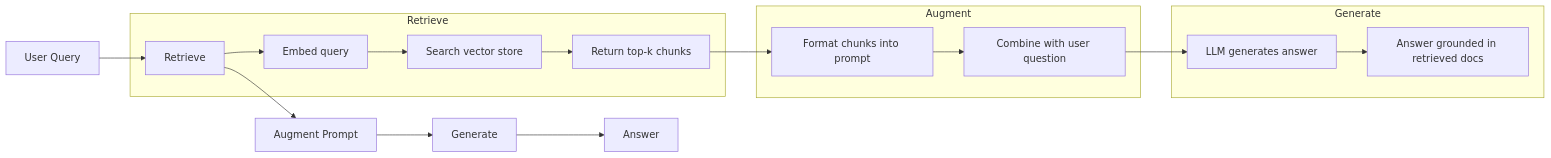
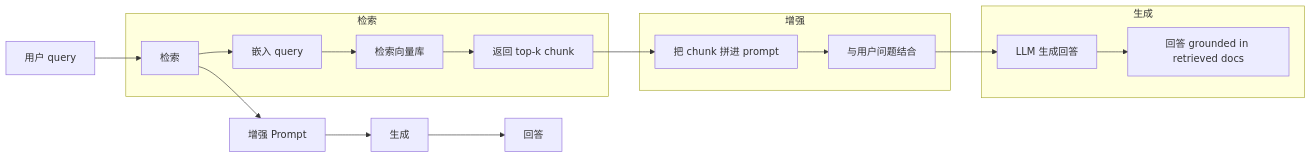
Before and after one commit to JerryC8080/ai-engineering-from-scratch-zh: the first of 2 diagrams in phases/11-llm-engineering/06-rag/docs/zh.md, drawn with Mermaid. The commit also changed other lines of this file and 156 other files, not shown here.

First line of the commit message:
i18n(zh): translate mermaid diagram labels in 157 lesson zh.md

````diff
--- a/phases/11-llm-engineering/06-rag/docs/zh.md
+++ b/phases/11-llm-engineering/06-rag/docs/zh.md
@@ -34,23 +34,23 @@
 ```mermaid
 graph LR
-    Q["User Query"] --> R["Retrieve"]
-    R --> A["Augment Prompt"]
-    A --> G["Generate"]
-    G --> Ans["Answer"]
+    Q["用户 query"] --> R["检索"]
+    R --> A["增强 Prompt"]
+    A --> G["生成"]
+    G --> Ans["回答"]
 
-    subgraph "Retrieve"
-        R --> Embed["Embed query"]
-        Embed --> Search["Search vector store"]
-        Search --> TopK["Return top-k chunks"]
+    subgraph "检索"
+        R --> Embed["嵌入 query"]
+        Embed --> Search["检索向量库"]
+        Search --> TopK["返回 top-k chunk"]
     end
 
-    subgraph "Augment"
-        TopK --> Format["Format chunks into prompt"]
-        Format --> Combine["Combine with user question"]
+    subgraph "增强"
+        TopK --> Format["把 chunk 拼进 prompt"]
+        Format --> Combine["与用户问题结合"]
     end
 
-    subgraph "Generate"
-        Combine --> LLM["LLM generates answer"]
-        LLM --> Cite["Answer grounded in retrieved docs"]
+    subgraph "生成"
+        Combine --> LLM["LLM 生成回答"]
+        LLM --> Cite["回答 grounded in retrieved docs"]
     end
 ```
````
